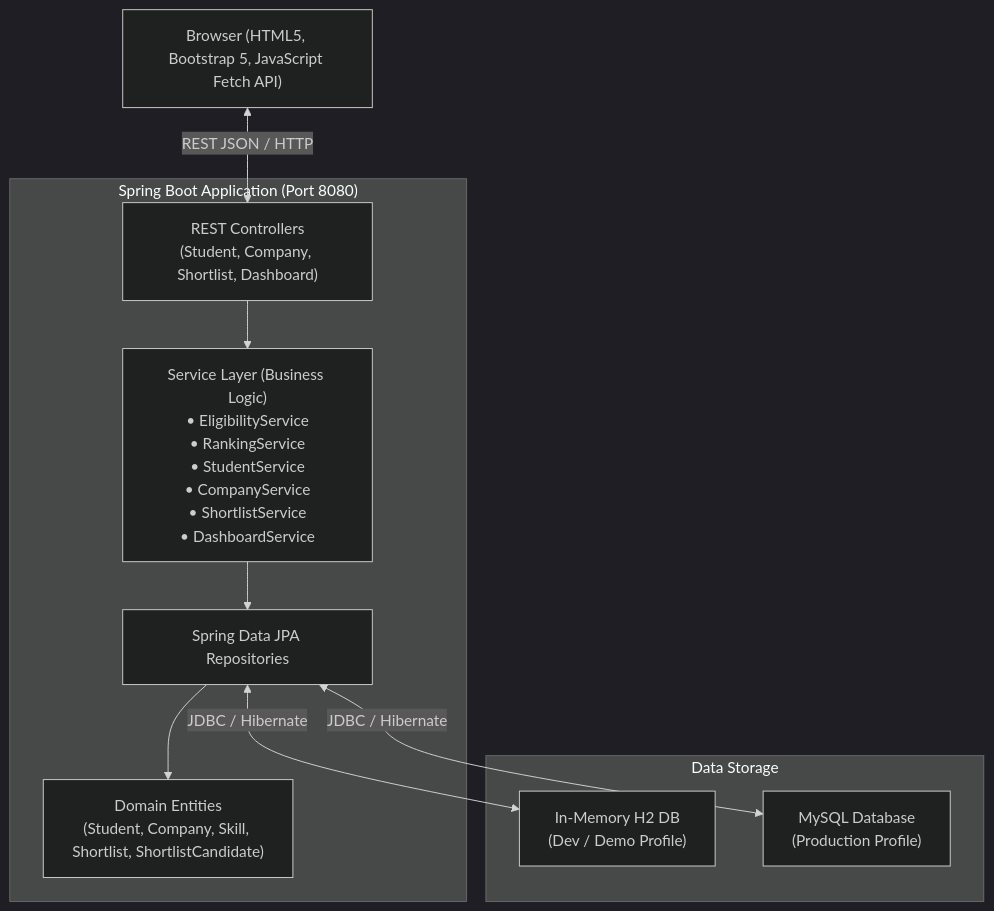
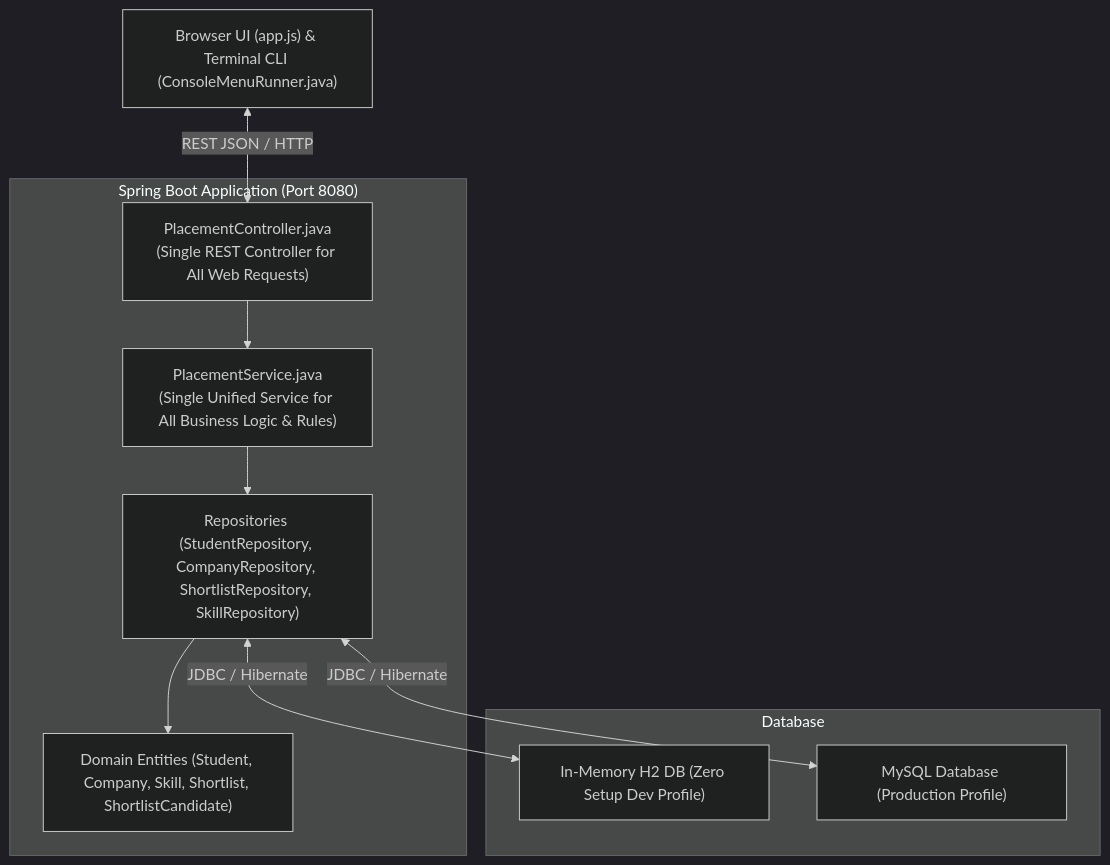
One commit to jachinsamuel/placement_tracker changed the first of 3 diagrams in README.md. Above: the diagram before and after it, drawn with Mermaid (dark theme). The commit also changed other lines of this file and 18 other files, not shown here.

Commit message:
refactor: simplify project into unified PlacementController and PlacementService

````diff
--- a/README.md
+++ b/README.md
@@ -69,23 +69,23 @@
 ```mermaid
 flowchart TD
-    Client["Browser (HTML5, Bootstrap 5, JavaScript Fetch API)"]
+    Client["Browser UI (app.js) & Terminal CLI (ConsoleMenuRunner.java)"]
     
     subgraph SpringBootApp ["Spring Boot Application (Port 8080)"]
-        Controller["REST Controllers\n(Student, Company, Shortlist, Dashboard)"]
-        Service["Service Layer (Business Logic)\n• EligibilityService\n• RankingService\n• StudentService\n• CompanyService\n• ShortlistService\n• DashboardService"]
-        Repository["Spring Data JPA Repositories"]
-        Model["Domain Entities\n(Student, Company, Skill, Shortlist, ShortlistCandidate)"]
+        Controller["PlacementController.java\n(Single REST Controller for All Web Requests)"]
+        Service["PlacementService.java\n(Single Unified Service for All Business Logic & Rules)"]
+        Repository["Repositories (StudentRepository, CompanyRepository, ShortlistRepository, SkillRepository)"]
+        Model["Domain Entities (Student, Company, Skill, Shortlist, ShortlistCandidate)"]
     end
     
-    subgraph DataTier ["Data Storage"]
-        H2["In-Memory H2 DB\n(Dev / Demo Profile)"]
-        MySQL["MySQL Database\n(Production Profile)"]
+    subgraph DataTier ["Database"]
+        H2["In-Memory H2 DB (Zero Setup Dev Profile)"]
+        MySQL["MySQL Database (Production Profile)"]
     end
 
     Client <-->|REST JSON / HTTP| Controller
     Controller --> Service
     Service --> Repository
     Repository --> Model
     Repository <-->|JDBC / Hibernate| MySQL
     Repository <-->|JDBC / Hibernate| H2
 ```
````
